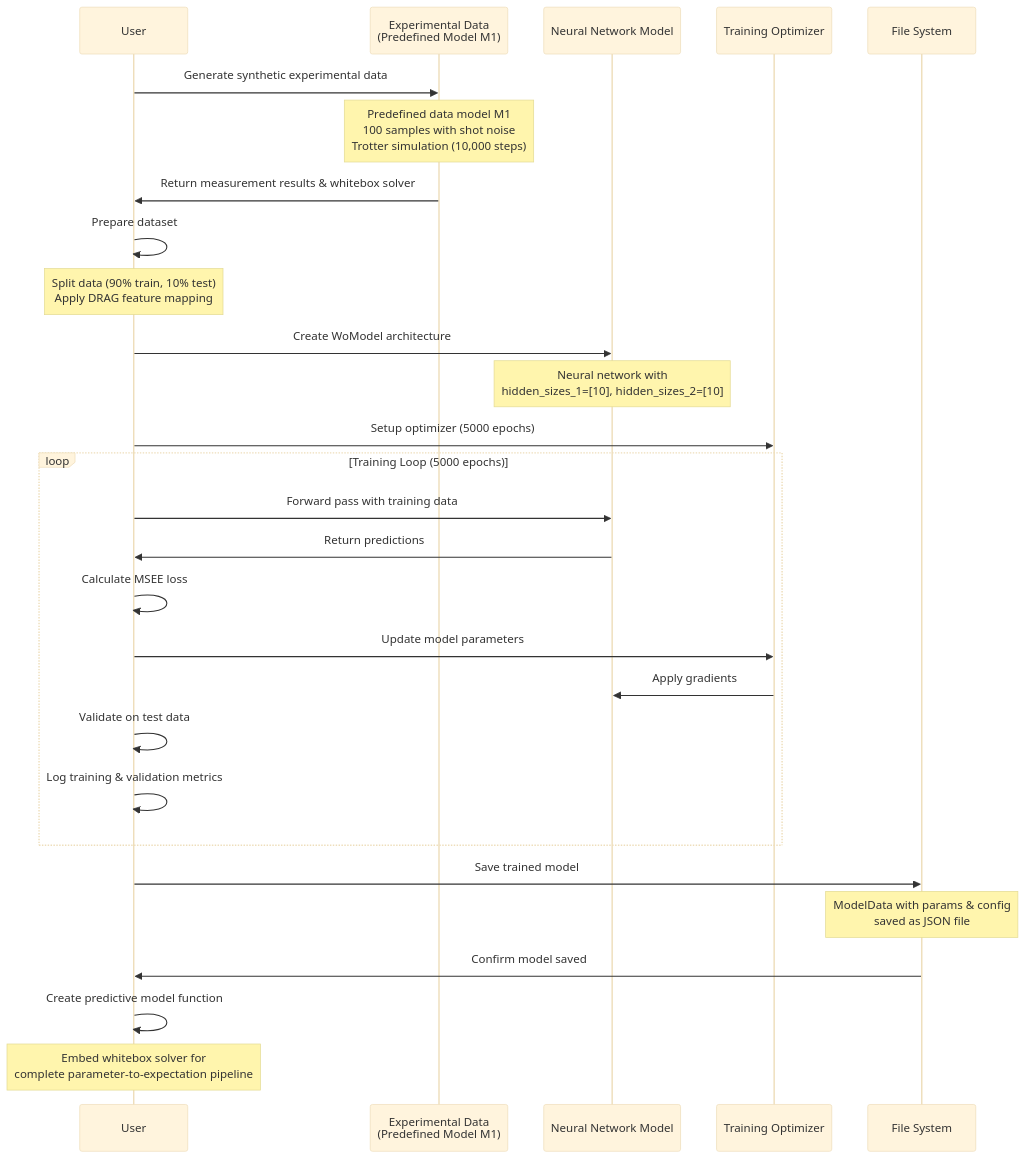
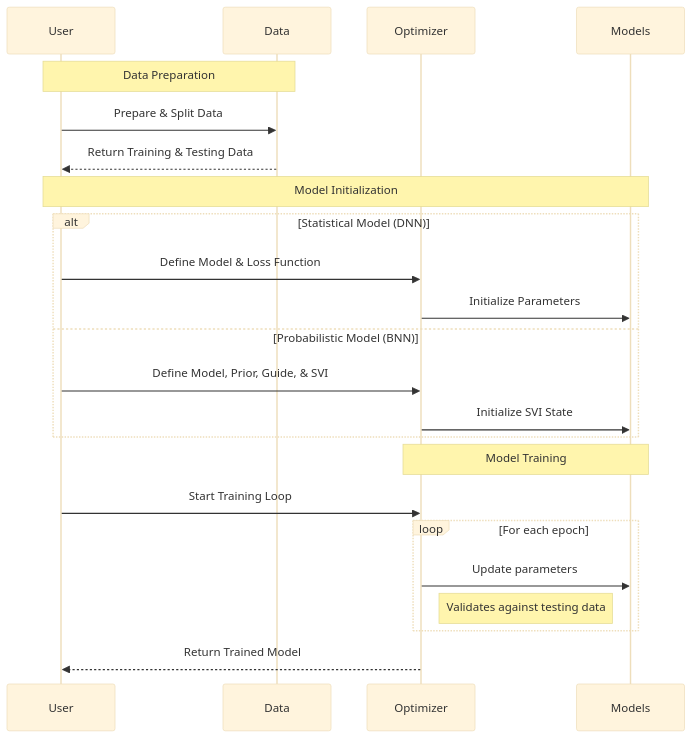
Before and after one commit to PorametPat/inspeqtor: the third of 5 diagrams in docs/tutorials/overviews.md, drawn with Mermaid (base theme). The commit also changed other lines of this file and 16 other files, not shown here.

````diff
--- a/docs/tutorials/overviews.md
+++ b/docs/tutorials/overviews.md
@@ -56,38 +82,31 @@
 ```mermaid
 sequenceDiagram
     participant User
-    participant ExpData as Experimental Data<br/>(Predefined Model M1)
-    participant Model as Neural Network Model
-    participant Optimizer as Training Optimizer
-    participant Storage as File System
-    
-    User->>ExpData: Generate synthetic experimental data
-    Note over ExpData: Predefined data model M1<br/>100 samples with shot noise<br/>Trotter simulation (10,000 steps)
-    ExpData->>User: Return measurement results & whitebox solver
-    
-    User->>User: Prepare dataset
-    Note over User: Split data (90% train, 10% test)<br/>Apply DRAG feature mapping
-    
-    User->>Model: Create WoModel architecture
-    Note over Model: Neural network with<br/>hidden_sizes_1=[10], hidden_sizes_2=[10]
-    
-    User->>Optimizer: Setup optimizer (5000 epochs)
-    
-    loop Training Loop (5000 epochs)
-        User->>Model: Forward pass with training data
-        Model->>User: Return predictions
-        User->>User: Calculate MSEE loss
-        User->>Optimizer: Update model parameters
-        Optimizer->>Model: Apply gradients
-        User->>User: Validate on test data
-        User->>User: Log training & validation metrics
+    participant Data
+    participant Optimizer
+    participant Models
+
+    Note over User,Data: Data Preparation
+    User->>Data: Prepare & Split Data
+    Data-->>User: Return Training & Testing Data
+
+    Note over User,Models: Model Initialization
+    alt Statistical Model (DNN)
+        User->>Optimizer: Define Model & Loss Function
+        Optimizer->>Models: Initialize Parameters
+    else Probabilistic Model (BNN)
+        User->>Optimizer: Define Model, Prior, Guide, & SVI
+        Optimizer->>Models: Initialize SVI State
     end
-    
-    User->>Storage: Save trained model
-    Note over Storage: ModelData with params & config<br/>saved as JSON file
-    Storage->>User: Confirm model saved
-    
-    User->>User: Create predictive model function
-    Note over User: Embed whitebox solver for<br/>complete parameter-to-expectation pipeline
+
+    Note over Optimizer,Models: Model Training
+    User->>Optimizer: Start Training Loop
+
+    loop For each epoch
+        Optimizer->>Models: Update parameters
+        Note right of Optimizer: Validates against testing data
+    end
+
+    Optimizer-->>User: Return Trained Model
 
 ```
````
